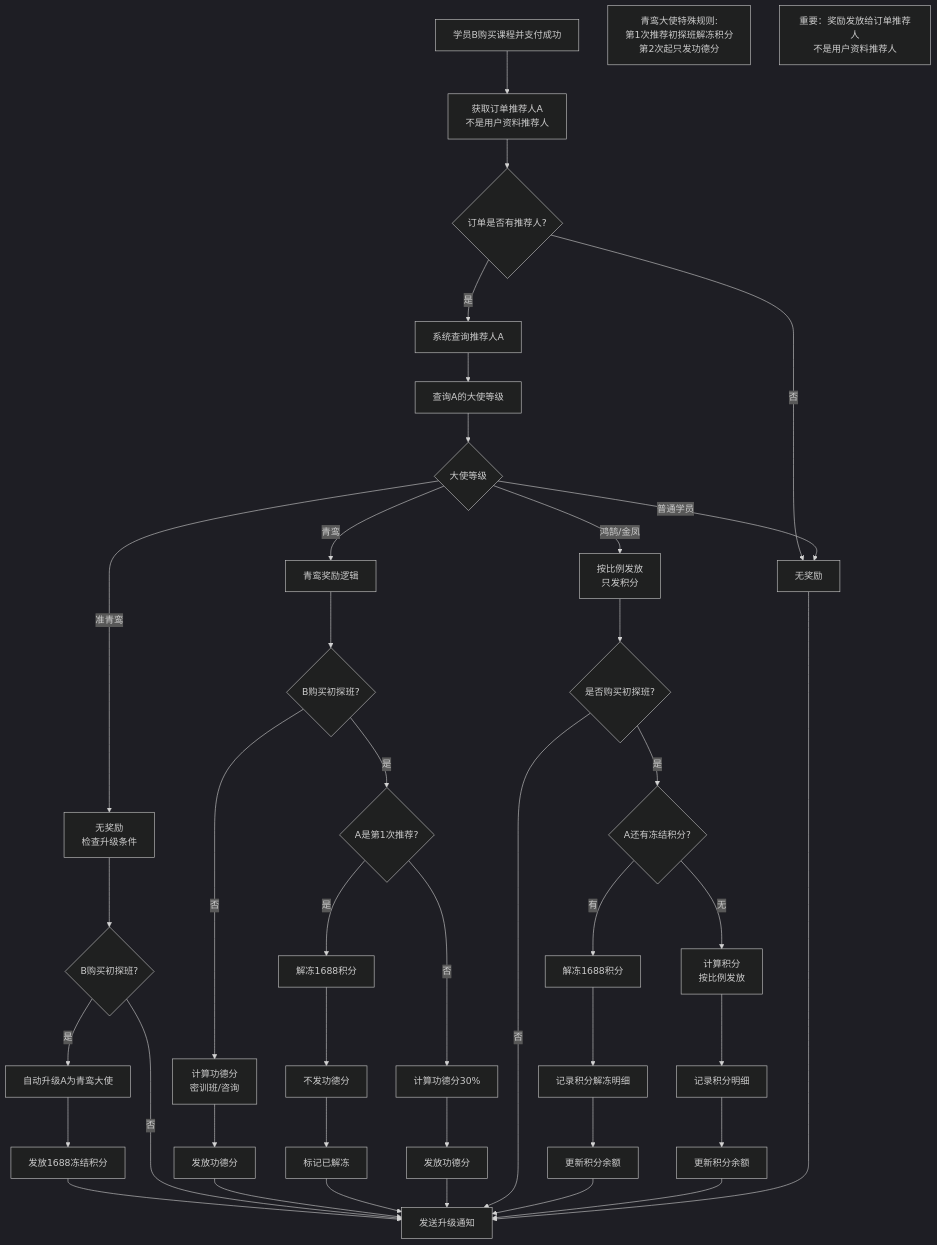
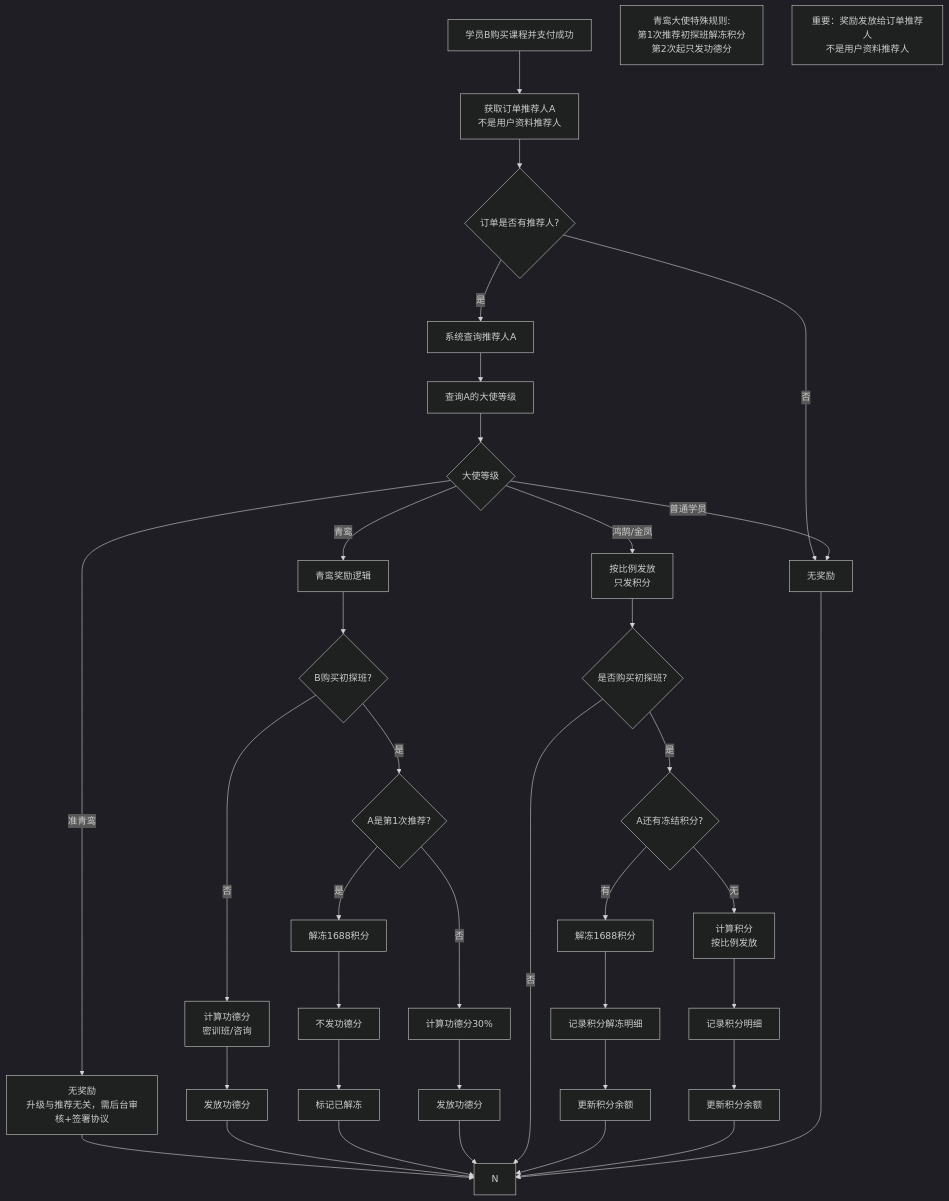
Diagram 12 of 21 in 需求文档-V2.md (richenHe/tiandaowenhua_xcx), drawn with Mermaid (dark theme) before and after one commit. The commit also changed other lines of this file and 5686 other files, not shown here.

````diff
--- a/需求文档-V2.md
+++ b/需求文档-V2.md
@@ -1412,54 +1509,50 @@
 ```mermaid
 flowchart TD
     A[学员B购买课程并支付成功] --> A1[获取订单推荐人A<br/>不是用户资料推荐人]
     A1 --> A2{订单是否有推荐人?}
     A2 -->|否| E4[无奖励]
     A2 -->|是| B[系统查询推荐人A]
     B --> C[查询A的大使等级]
     C --> D{大使等级}
     
-    D -->|准青鸾| E0[无奖励<br/>检查升级条件]
+    D -->|准青鸾| E0[无奖励<br/>升级与推荐无关，需后台审核+签署协议]
     D -->|青鸾| E1[青鸾奖励逻辑]
     D -->|鸿鹄/金凤| E2[按比例发放<br/>只发积分]
     D -->|普通学员| E4
     
-    E0 --> Z{B购买初探班?}
-    Z -->|是| Z1[自动升级A为青鸾大使]
-    Z1 --> Z2[发放1688冻结积分]
-    Z2 --> N[发送升级通知]
-    Z -->|否| N
+    E0 --> N
     
     E1 --> F1{B购买初探班?}
     F1 -->|否| F4[计算功德分<br/>密训班/咨询]
     F4 --> G4[发放功德分]
     G4 --> N
     
     F1 -->|是| F2{A是第1次推荐?}
     F2 -->|是| G1[解冻1688积分]
     G1 --> H1[不发功德分]
     H1 --> I1[标记已解冻]
     I1 --> N
     
     F2 -->|否| G2[计算功德分30%]
     G2 --> H2[发放功德分]
     H2 --> N
     
     E2 --> F3{是否购买初探班?}
     F3 -->|否| N
     F3 -->|是| F5{A还有冻结积分?}
     
     F5 -->|有| G5[解冻1688积分]
     G5 --> H5[记录积分解冻明细]
     H5 --> I5[更新积分余额]
     I5 --> N
     
     F5 -->|无| G6[计算积分<br/>按比例发放]
     G6 --> H6[记录积分明细]
     H6 --> I6[更新积分余额]
     I6 --> N
     
     E4 --> N
     
     note1[青鸾大使特殊规则:<br/>第1次推荐初探班解冻积分<br/>第2次起只发功德分]
     note2[重要：奖励发放给订单推荐人<br/>不是用户资料推荐人]
 ```
````
